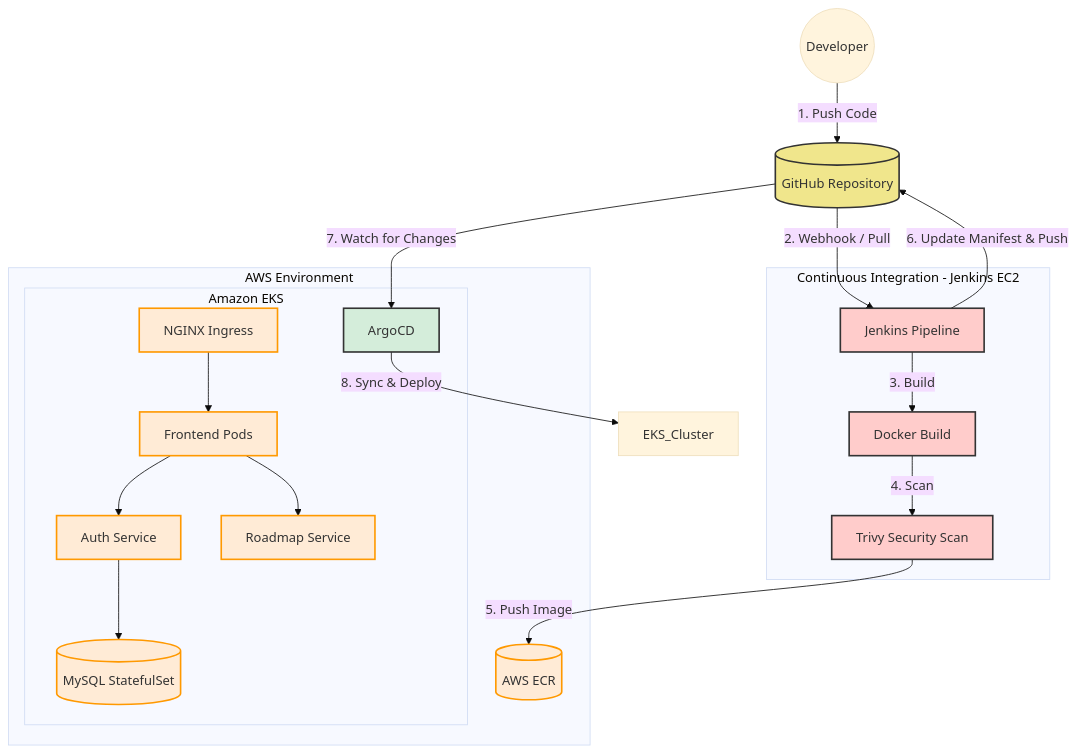
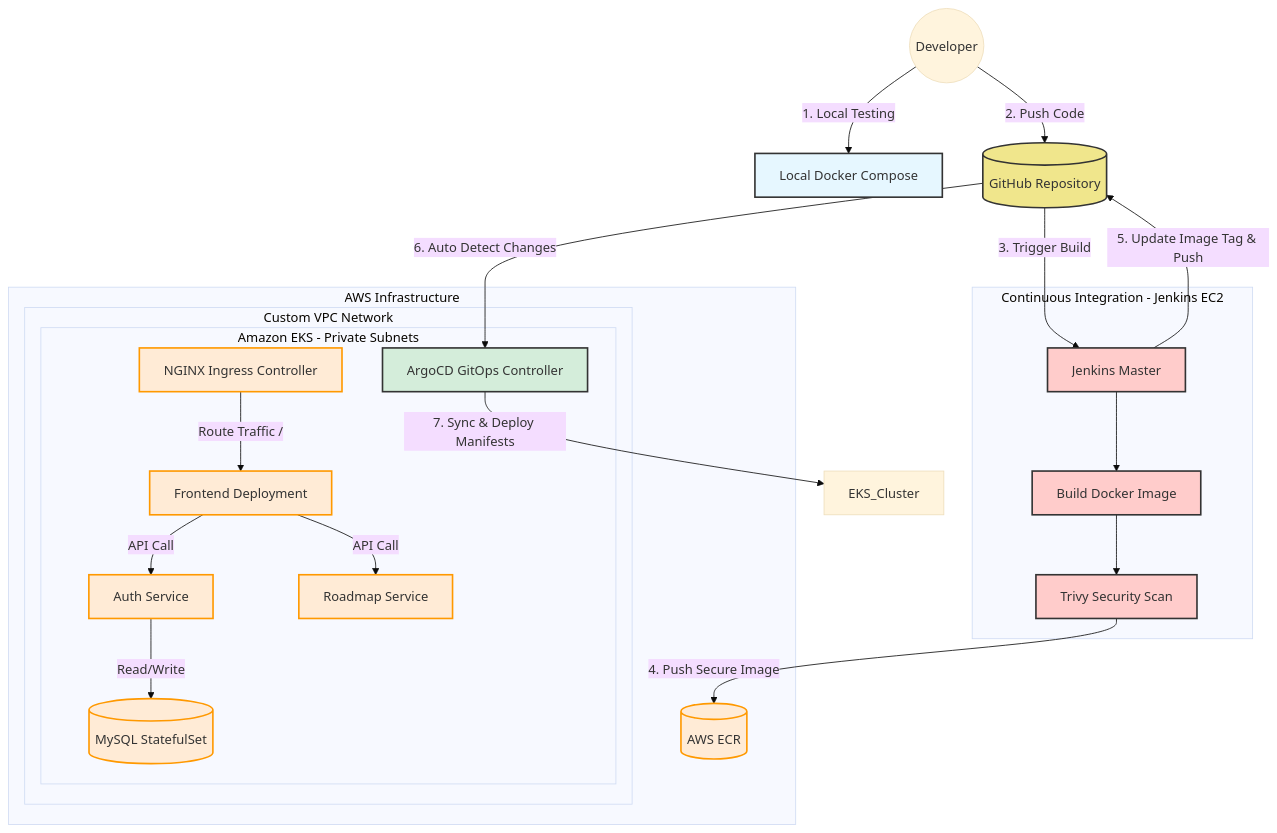
Before and after one commit to AbdelrahmanElhelw/CloudDevOpsProject: the diagram in README.md, drawn with Mermaid (base theme). The commit also changed other lines of this file, not shown here.

````diff
--- a/README.md
+++ b/README.md
@@ -17,44 +17,46 @@
 ```mermaid
 graph TD
-    %% Define Colors
     classDef dev fill:#f9f9f9,stroke:#333,stroke-width:2px;
     classDef git fill:#f0e68c,stroke:#333,stroke-width:2px;
     classDef ci fill:#ffcccb,stroke:#333,stroke-width:2px;
     classDef cd fill:#d4edda,stroke:#333,stroke-width:2px;
     classDef aws fill:#ffebd6,stroke:#ff9900,stroke-width:2px;
+    classDef local fill:#e6f7ff,stroke:#333,stroke-width:2px;
 
-    Developer((Developer)) -->|1. Push Code| GitHub[(GitHub Repository)]:::git
+    Dev((Developer)) -->|1. Local Testing| Compose[Local Docker Compose]:::local
+    Dev -->|2. Push Code| GitHub[(GitHub Repository)]:::git
     
     subgraph CI Pipeline [Continuous Integration - Jenkins EC2]
-        Jenkins[Jenkins Pipeline]:::ci
+        Jenkins[Jenkins Master]:::ci
+        DockerBuild[Build Docker Image]:::ci
         Trivy[Trivy Security Scan]:::ci
-        DockerBuild[Docker Build]:::ci
     end
     
-    GitHub -->|2. Webhook / Pull| Jenkins
-    Jenkins -->|3. Build| DockerBuild
-    DockerBuild -->|4. Scan| Trivy
+    GitHub -->|3. Trigger Build| Jenkins
+    Jenkins --> DockerBuild --> Trivy
     
-    subgraph AWS Cloud [AWS Environment]
+    subgraph AWS Cloud [AWS Infrastructure]
         ECR[(AWS ECR)]:::aws
-        subgraph EKS Cluster [Amazon EKS]
-            ArgoCD[ArgoCD]:::cd
-            Ingress[NGINX Ingress]:::aws
-            Frontend[Frontend Pods]:::aws
-            Auth[Auth Service]:::aws
-            Roadmap[Roadmap Service]:::aws
-            MySQL[(MySQL StatefulSet)]:::aws
+        subgraph VPC [Custom VPC Network]
+            subgraph EKS Cluster [Amazon EKS - Private Subnets]
+                ArgoCD[ArgoCD GitOps Controller]:::cd
+                Ingress[NGINX Ingress Controller]:::aws
+                Frontend[Frontend Deployment]:::aws
+                Auth[Auth Service]:::aws
+                Roadmap[Roadmap Service]:::aws
+                MySQL[(MySQL StatefulSet)]:::aws
+            end
         end
     end
 
-    Trivy -->|5. Push Image| ECR
-    Jenkins -->|6. Update Manifest & Push| GitHub
+    Trivy -->|4. Push Secure Image| ECR
+    Jenkins -->|5. Update Image Tag & Push| GitHub
     
-    GitHub -->|7. Watch for Changes| ArgoCD
-    ArgoCD -->|8. Sync & Deploy| EKS_Cluster
+    GitHub -->|6. Auto Detect Changes| ArgoCD
+    ArgoCD -->|7. Sync & Deploy Manifests| EKS_Cluster
     
-    Ingress --> Frontend
-    Frontend --> Auth
-    Frontend --> Roadmap
-    Auth --> MySQL
+    Ingress -->|Route Traffic /| Frontend
+    Frontend -->|API Call| Auth
+    Frontend -->|API Call| Roadmap
+    Auth -->|Read/Write| MySQL
 ```
````
